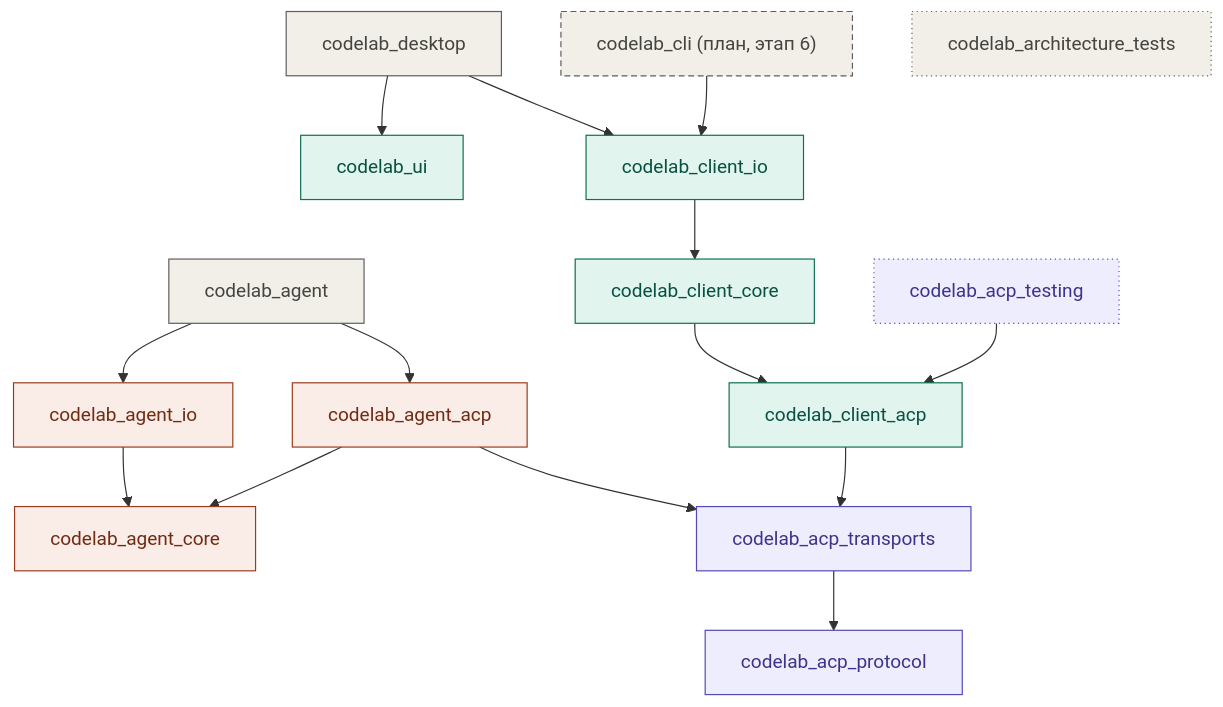
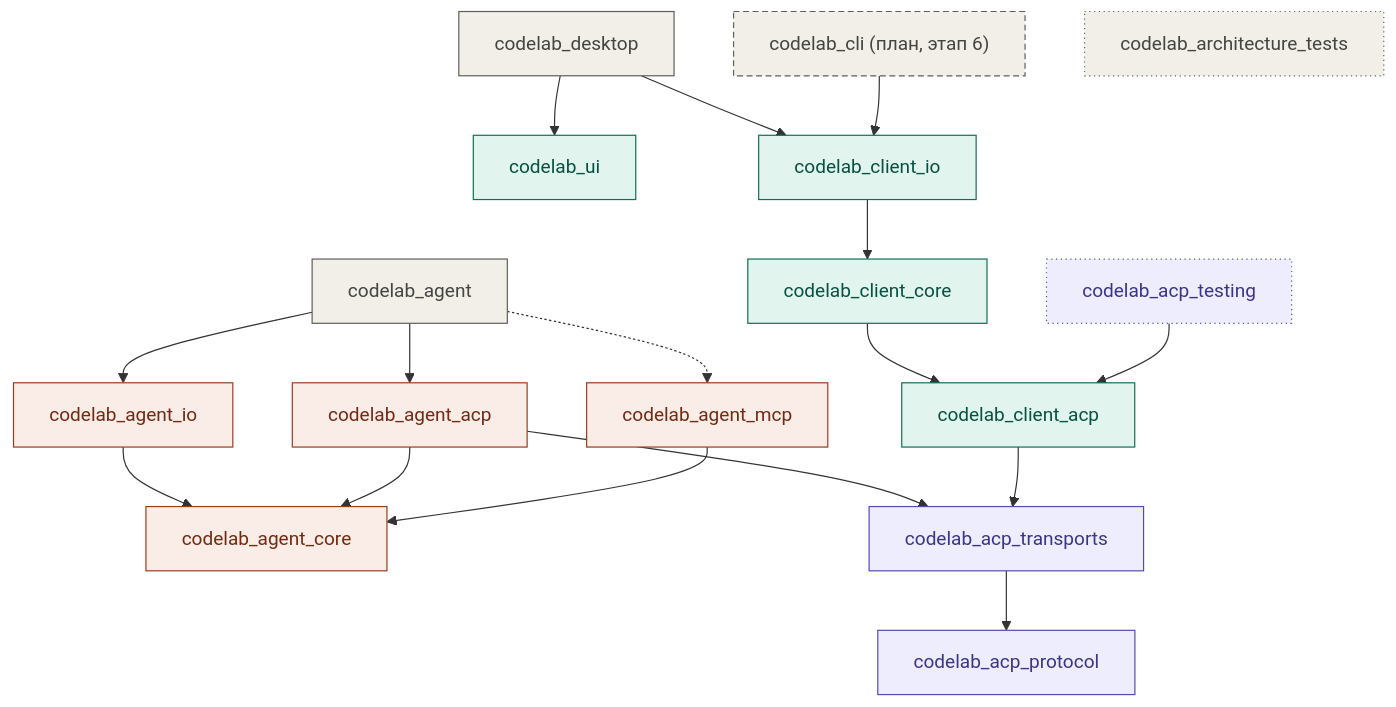
One commit to pese-git/codelab-app changed the diagram in README.md. Above: the diagram before and after it, drawn with Mermaid. The commit also changed other lines of this file and 42 other files, not shown here.

Commit message:
feat(codelab_agent_mcp): MCP-клиент двух эпох и порты MCP в ядре (итерация 1 add-agent-mcp-client)

````diff
--- a/README.md
+++ b/README.md
@@ -31,49 +32,52 @@
 ```mermaid
 flowchart TD
   desktop[codelab_desktop]
   cli["codelab_cli (план, этап 6)"]
   agent[codelab_agent]
 
   ui[codelab_ui]
   client_io[codelab_client_io]
   agent_io[codelab_agent_io]
 
   client_core[codelab_client_core]
   agent_acp[codelab_agent_acp]
+  agent_mcp[codelab_agent_mcp]
 
   testing[codelab_acp_testing]
   client_acp[codelab_client_acp]
   agent_core[codelab_agent_core]
 
   transports[codelab_acp_transports]
   arch[codelab_architecture_tests]
   protocol[codelab_acp_protocol]
 
   desktop --> ui
   desktop --> client_io
   cli --> client_io
   agent --> agent_io
   agent --> agent_acp
+  agent -.-> agent_mcp
   client_io --> client_core
   agent_io --> agent_core
   client_core --> client_acp
   agent_acp --> agent_core
+  agent_mcp --> agent_core
   agent_acp --> transports
   testing --> client_acp
   client_acp --> transports
   transports --> protocol
 
   classDef app fill:#F1EFE8,stroke:#5F5E5A,color:#444441
   classDef acp fill:#EEEDFE,stroke:#534AB7,color:#3C3489
   classDef client fill:#E1F5EE,stroke:#0F6E56,color:#085041
   classDef agentside fill:#FAECE7,stroke:#993C1D,color:#712B13
   classDef planned stroke-dasharray:5 3
   classDef testonly stroke-dasharray:1 3
 
   class desktop,cli,agent,arch app
   class protocol,transports,testing acp
   class ui,client_io,client_core,client_acp client
-  class agent_io,agent_acp,agent_core agentside
+  class agent_io,agent_acp,agent_mcp,agent_core agentside
   class cli planned
   class testing,arch testonly
 ```
````
